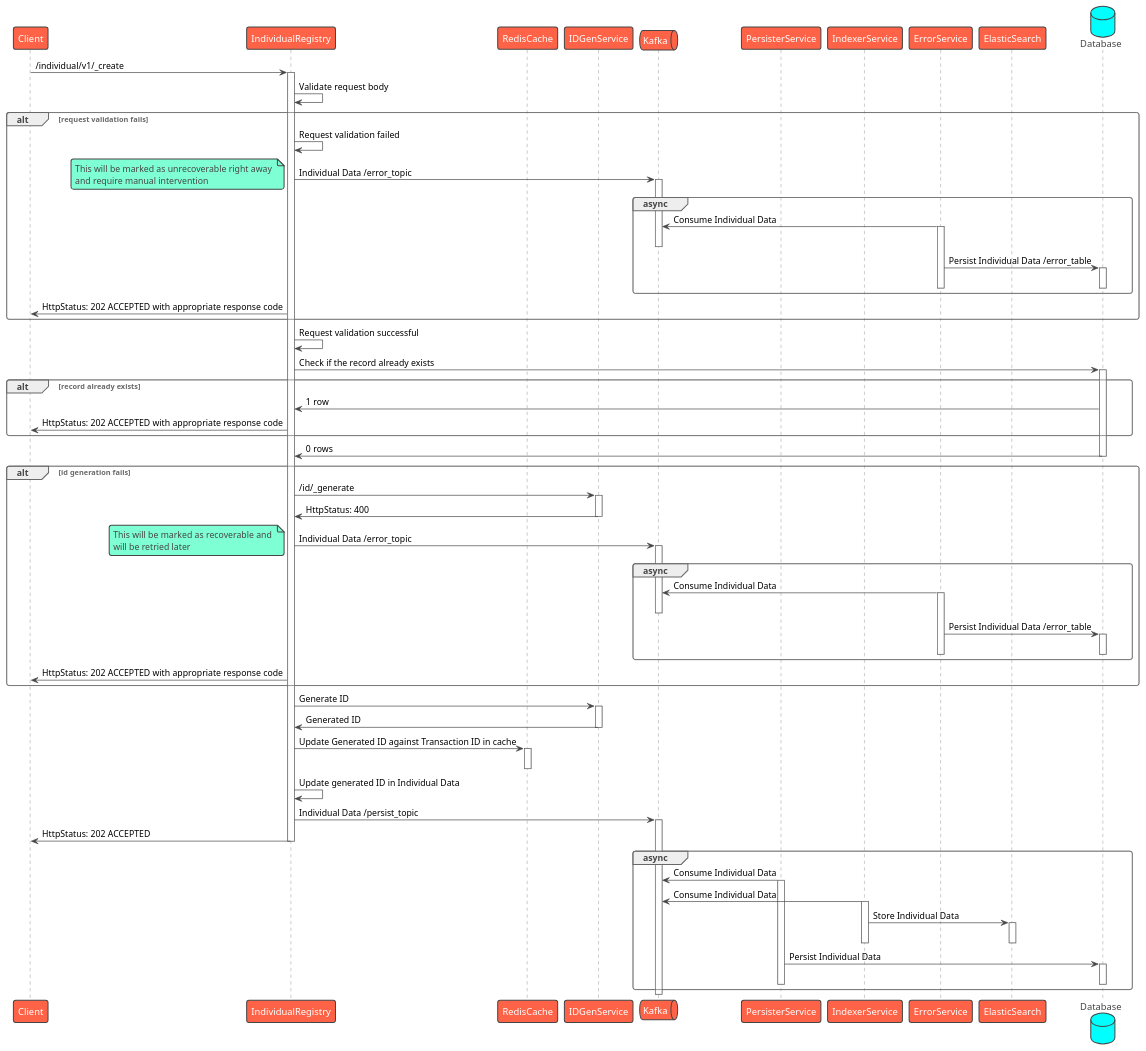
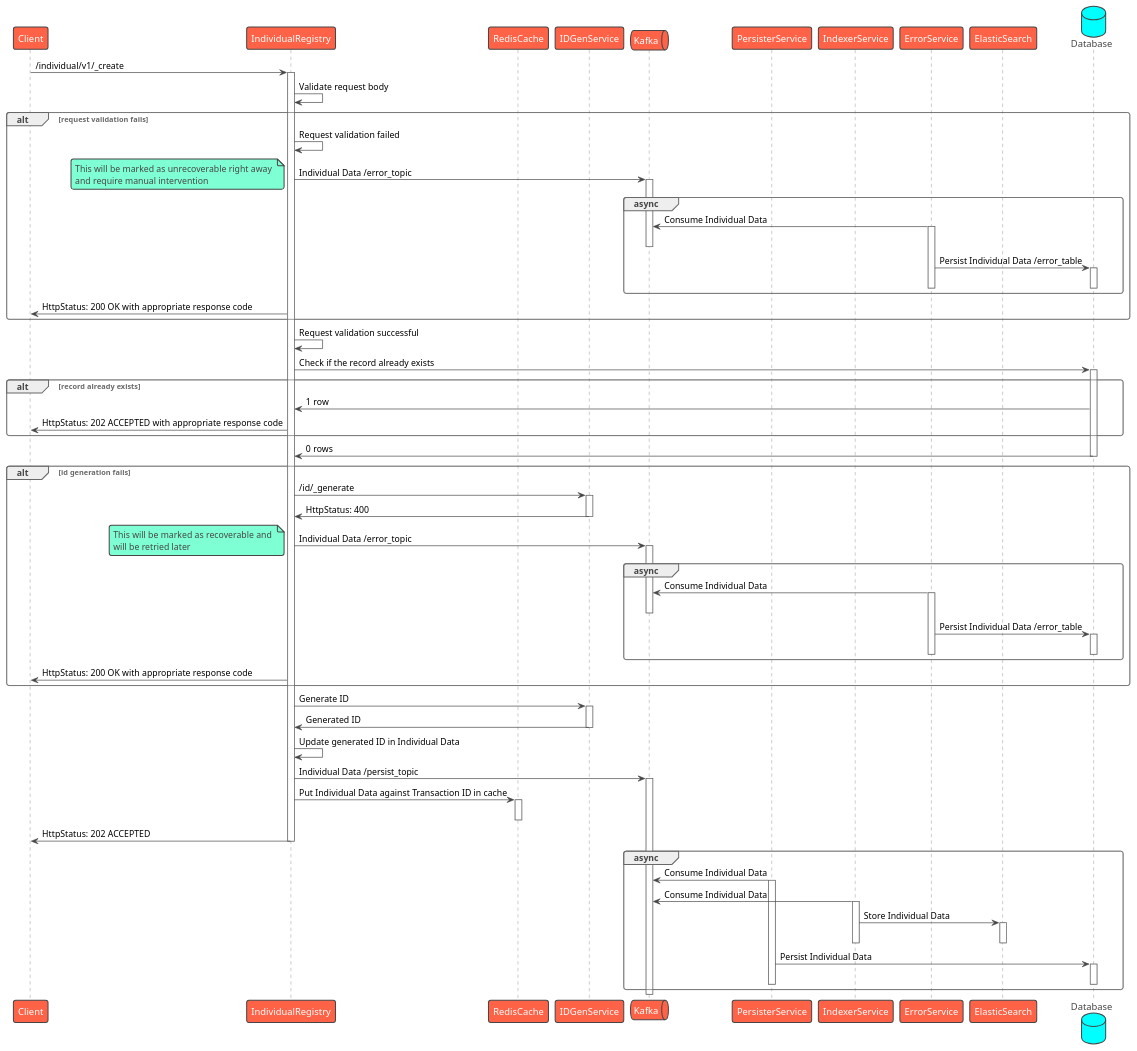
Before and after one commit to egovernments/health-api-specs: the diagram in contracts/registries/individual/sequence/create.puml, drawn with PlantUML. The commit also changed 4 other files, not shown here.

Commit message:
Sequence: Sending 200 OK in case of any caught error

```diff
--- a/contracts/registries/individual/sequence/create.puml
+++ b/contracts/registries/individual/sequence/create.puml
@@ -1,93 +1,93 @@
 @startuml Individual Registry - Create
 !theme vibrant
 participant Client as c
 participant IndividualRegistry as ir
 participant RedisCache as rc
 participant IDGenService as idgen
 queue Kafka as k
 participant PersisterService as prs
 participant IndexerService as idx
 participant ErrorService as es
 participant ElasticSearch as el
 database Database as db
 c -> ir : /individual/v1/_create
 activate ir
 ir -> ir: Validate request body
 alt request validation fails
     ir -> ir: Request validation failed
     ir -> k: Individual Data /error_topic
     note left
         This will be marked as unrecoverable right away 
         and require manual intervention
     end note
     activate k
     group async
         es -> k: Consume Individual Data
         activate es
         deactivate k
         es -> db: Persist Individual Data /error_table
         activate db
         deactivate db
         deactivate es
     end
-    ir -> c: HttpStatus: 202 ACCEPTED with appropriate response code
+    ir -> c: HttpStatus: 200 OK with appropriate response code
 end
 ir -> ir: Request validation successful
 ir -> db: Check if the record already exists
 alt record already exists
     activate db
     db -> ir: 1 row
     ir -> c: HttpStatus: 202 ACCEPTED with appropriate response code
 end
 db -> ir: 0 rows
 deactivate db
 alt id generation fails
     ir -> idgen: /id/_generate
     activate idgen
     idgen -> ir: HttpStatus: 400
     deactivate idgen
     ir -> k: Individual Data /error_topic
     note left
         This will be marked as recoverable and 
         will be retried later
     end note
     activate k
     group async
         es -> k: Consume Individual Data
         activate es
         deactivate k
         es -> db: Persist Individual Data /error_table
         activate db
         deactivate db
         deactivate es
     end
-    ir -> c: HttpStatus: 202 ACCEPTED with appropriate response code
+    ir -> c: HttpStatus: 200 OK with appropriate response code
 end
 ir -> idgen: Generate ID
 activate idgen
 idgen -> ir: Generated ID
 deactivate idgen
-ir -> rc: Update Generated ID against Transaction ID in cache
-activate rc
-deactivate rc
 ir -> ir: Update generated ID in Individual Data
 ir -> k: Individual Data /persist_topic
 activate k
+ir -> rc: Put Individual Data against Transaction ID in cache
+activate rc
+deactivate rc
 ir -> c: HttpStatus: 202 ACCEPTED
 deactivate ir
 group async
     prs -> k: Consume Individual Data
     activate prs
     idx -> k: Consume Individual Data
     activate idx
     idx -> el: Store Individual Data
     activate el
     deactivate el
     deactivate idx
     prs -> db: Persist Individual Data
     activate db
     deactivate db
     deactivate prs
 end
 deactivate k
 @enduml
```
